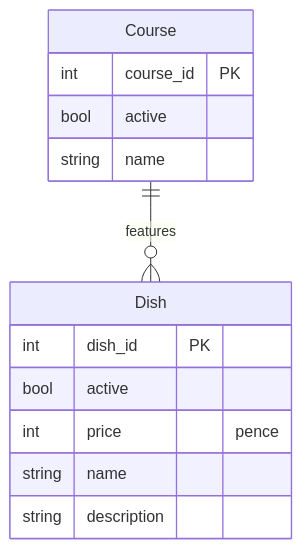
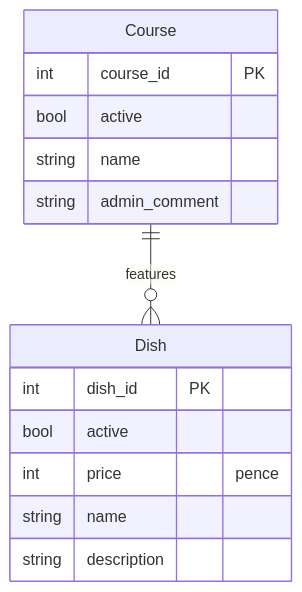
The second of 2 diagrams in README.md (ctr-code/heart-of-ruritania), drawn with Mermaid before and after one commit. The commit also changed other lines of this file, not shown here.

Commit message:
Add admin_comment field to menu.Course in README

````diff
--- a/README.md
+++ b/README.md
@@ -88,16 +88,17 @@
 ``` mermaid
 erDiagram
     Course ||--o{ Dish : features
     Course {
         int course_id PK
         bool active
         string name
+        string admin_comment
     }
     Dish {
         int dish_id PK
         bool active
         int price "pence"
         string name
         string description
     }
 ```
````
